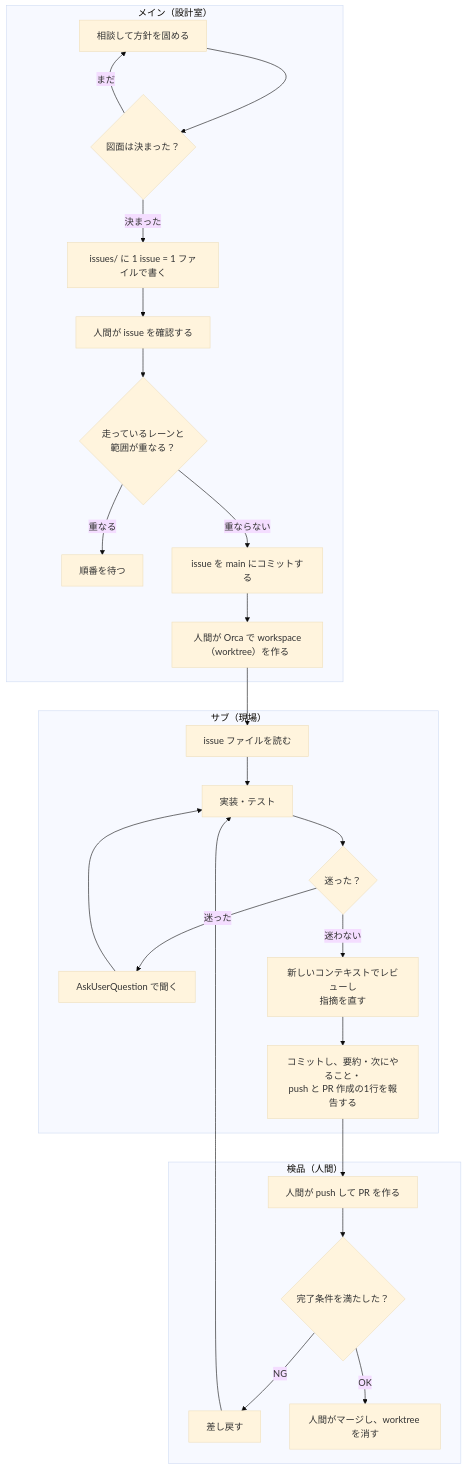
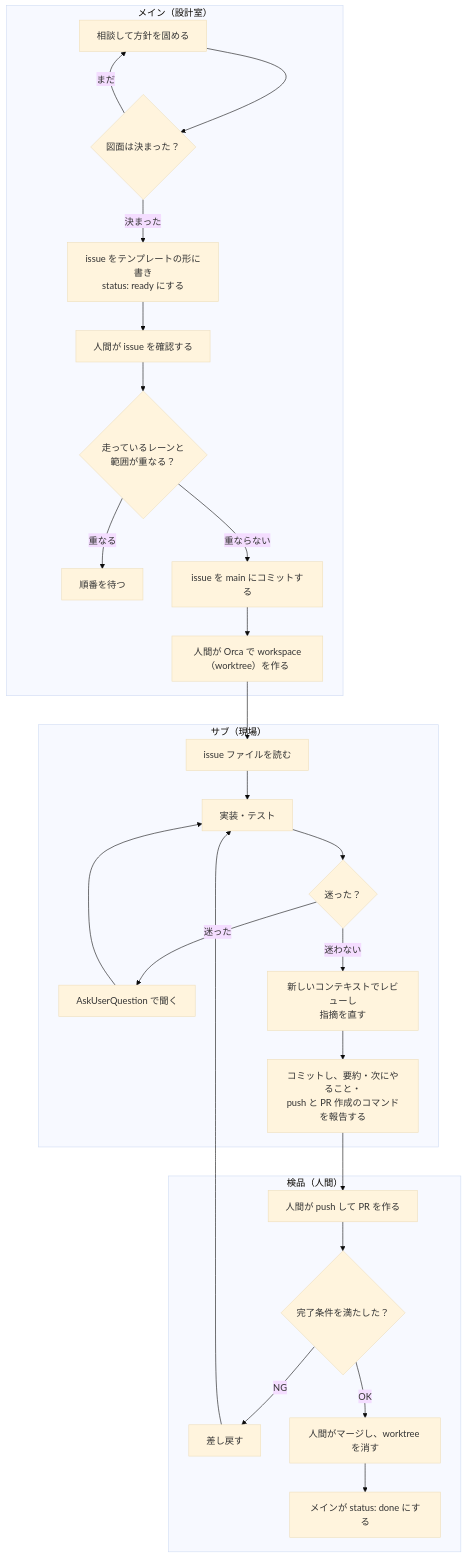
Before and after one commit to yoshipon-tech/site-blocker: the diagram in issues/README.md, drawn with Mermaid (base theme). The commit also changed other lines of this file and 9 other files, not shown here.

First line of the commit message:
docs(root): GitHub issue を issues/ に移し、ロードマップを並行開発の前提に書き直す

````diff
--- a/issues/README.md
+++ b/issues/README.md
@@ -11,31 +33,32 @@
 ```mermaid
 flowchart TD
   subgraph main["メイン（設計室）"]
     A["相談して方針を固める"] --> B{"図面は決まった？"}
     B -- "まだ" --> A
-    B -- "決まった" --> C["issues/ に 1 issue = 1 ファイルで書く"]
+    B -- "決まった" --> C["issue をテンプレートの形に書き<br>status: ready にする"]
     C --> D["人間が issue を確認する"]
     D --> E{"走っているレーンと<br>範囲が重なる？"}
     E -- "重なる" --> F["順番を待つ"]
     E -- "重ならない" --> C2["issue を main にコミットする"]
     C2 --> G["人間が Orca で workspace（worktree）を作る"]
   end
 
   subgraph sub["サブ（現場）"]
     G --> H["issue ファイルを読む"]
     H --> I["実装・テスト"]
     I --> J{"迷った？"}
     J -- "迷った" --> K["AskUserQuestion で聞く"]
     K --> I
     J -- "迷わない" --> V["新しいコンテキストでレビューし<br>指摘を直す"]
-    V --> L["コミットし、要約・次にやること・<br>push と PR 作成の1行を報告する"]
+    V --> L["コミットし、要約・次にやること・<br>push と PR 作成のコマンドを報告する"]
   end
 
   subgraph check["検品（人間）"]
     L --> P["人間が push して PR を作る"]
     P --> M{"完了条件を満たした？"}
     M -- "NG" --> N["差し戻す"]
     N --> I
     M -- "OK" --> T["人間がマージし、worktree を消す"]
+    T --> U["メインが status: done にする"]
   end
 ```
````
